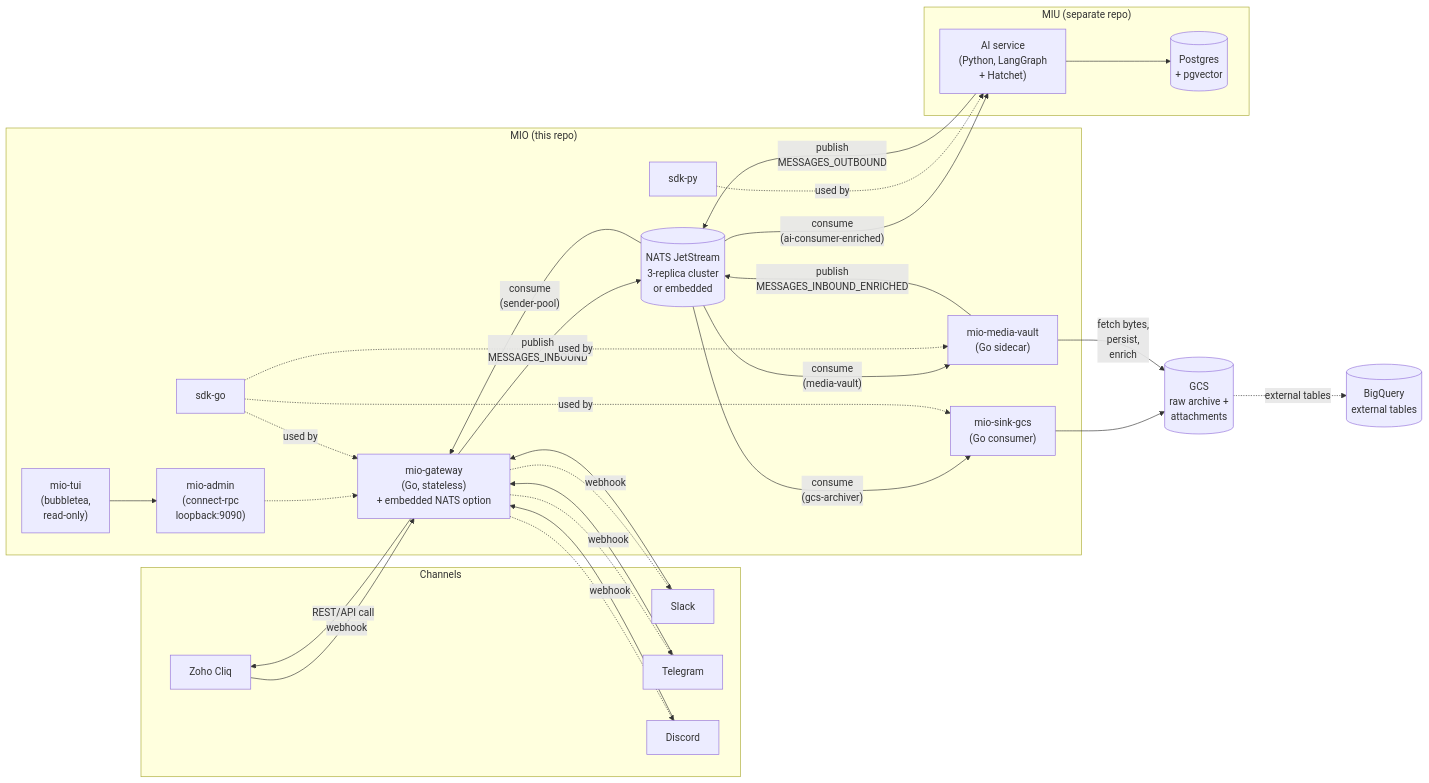
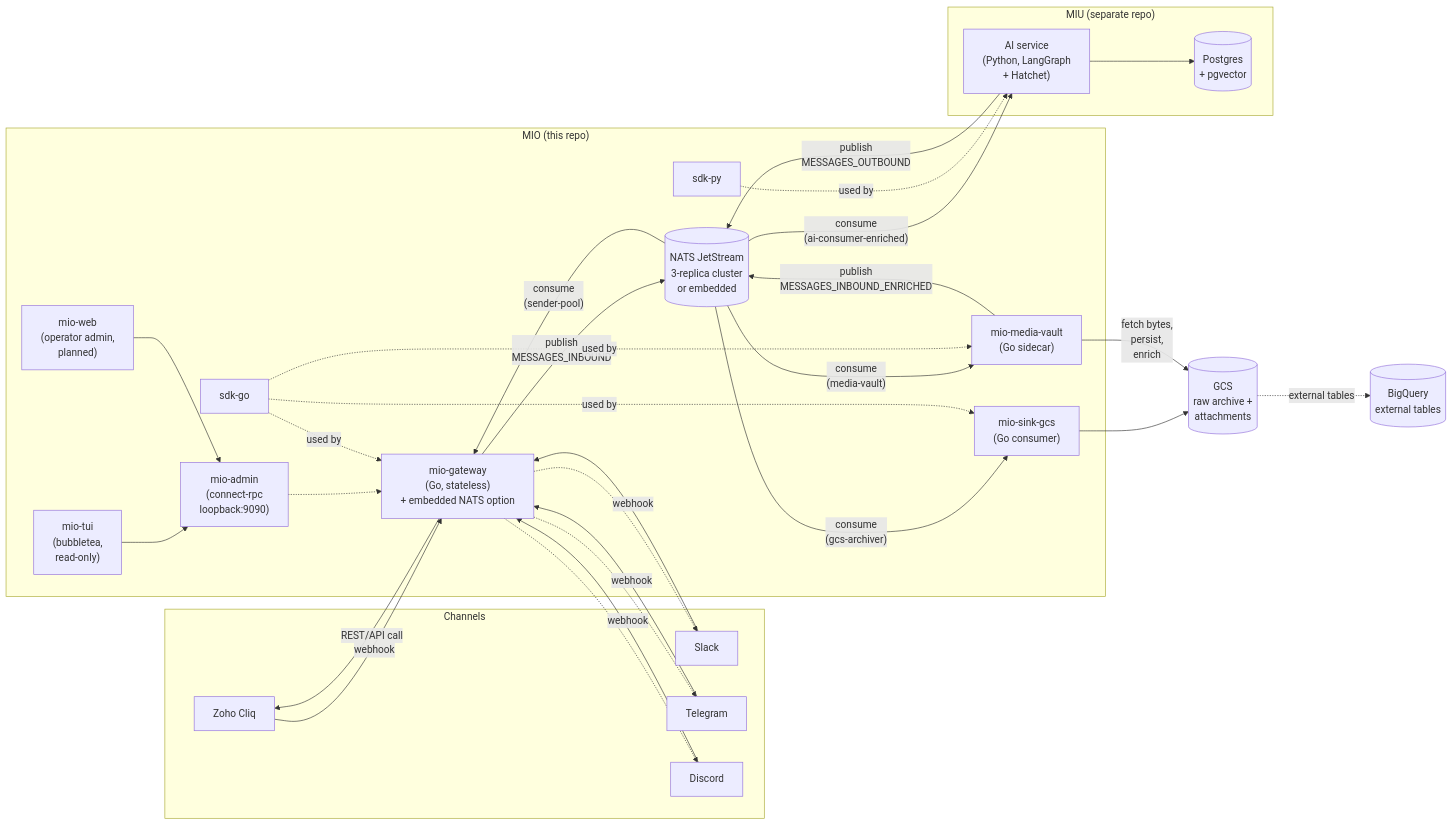
One commit to CrashChat-ai/mio changed the first of 5 diagrams in docs/system-architecture.md. Above: the diagram before and after it, drawn with Mermaid. The commit also changed other lines of this file and 44 other files, not shown here.

First line of the commit message:
feat(ui): scaffolded web admin phase 0

````diff
--- a/docs/system-architecture.md
+++ b/docs/system-architecture.md
@@ -34,57 +34,59 @@
 ```mermaid
 flowchart LR
   subgraph Channels
     cliq[Zoho Cliq]
     slack[Slack]
     tg[Telegram]
     disc[Discord]
   end
 
   subgraph "MIO (this repo)"
     gw["mio-gateway<br/>(Go, stateless)<br/>+ embedded NATS option"]
     admin["mio-admin<br/>(connect-rpc<br/>loopback:9090)"]
     tui["mio-tui<br/>(bubbletea,<br/>read-only)"]
+    web["mio-web<br/>(operator admin,<br/>planned)"]
     bus[("NATS JetStream<br/>3-replica cluster<br/>or embedded")]
     sink["mio-sink-gcs<br/>(Go consumer)"]
     dl["mio-media-vault<br/>(Go sidecar)"]
     sdkgo["sdk-go"]
     sdkpy["sdk-py"]
   end
 
   subgraph "MIU (separate repo)"
     ai["AI service<br/>(Python, LangGraph<br/>+ Hatchet)"]
     pg[(Postgres<br/>+ pgvector)]
   end
 
   gcs[(GCS<br/>raw archive +<br/>attachments)]
   bq[(BigQuery<br/>external tables)]
 
   cliq -- webhook --> gw
   slack -- webhook --> gw
   tg -- webhook --> gw
   disc -- webhook --> gw
 
   gw -- "publish<br/>MESSAGES_INBOUND" --> bus
   admin -.-> gw
   tui --> admin
+  web --> admin
   bus -- "consume<br/>(gcs-archiver)" --> sink
   sink --> gcs
   bus -- "consume<br/>(media-vault)" --> dl
   dl -- "fetch bytes,<br/>persist,<br/>enrich" --> gcs
   dl -- "publish<br/>MESSAGES_INBOUND_ENRICHED" --> bus
   bus -- "consume<br/>(ai-consumer-enriched)" --> ai
   ai --> pg
   ai -- "publish<br/>MESSAGES_OUTBOUND" --> bus
   bus -- "consume<br/>(sender-pool)" --> gw
   gw -- "REST/API call" --> cliq
   gw -.-> slack
   gw -.-> tg
   gw -.-> disc
 
   gcs -. external tables .-> bq
 
   sdkgo -. used by .-> gw
   sdkgo -. used by .-> sink
   sdkgo -. used by .-> dl
   sdkpy -. used by .-> ai
 ```
````
